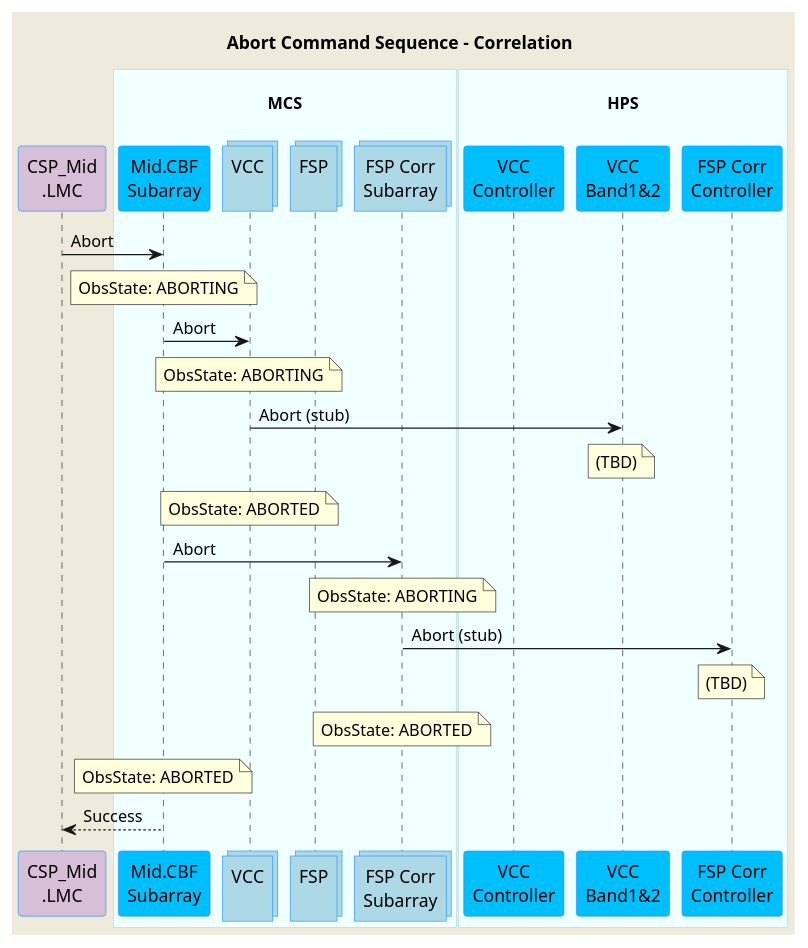
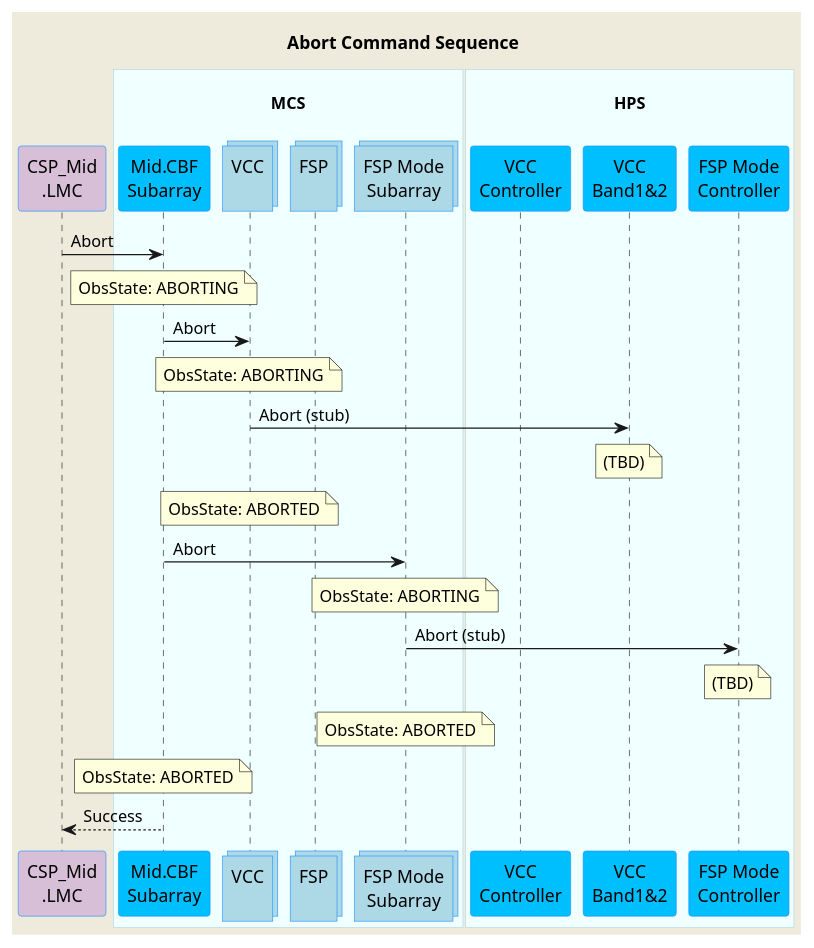
One commit to ska-telescope/mid-cbf-mcs changed the diagram in docs/src/diagrams/abort-command.puml. Above: the diagram before and after it, drawn with PlantUML. The commit also changed 4 other files, not shown here.

```diff
--- a/docs/src/diagrams/abort-command.puml
+++ b/docs/src/diagrams/abort-command.puml
@@ -1,55 +1,55 @@
 @startuml
 'https://plantuml.com/sequence-diagram
 
 skinparam backgroundColor #EEEBDC
 skinparam sequence {
   ParticipantBorderColor DodgerBlue
   ParticipantBackgroundColor DeepSkyBlue
   ActorBorderColor DarkGreen
   ActorBackgroundColor Green
   BoxBorderColor LightBlue
   BoxBackgroundColor #F0FFFF
 }
 
 skinparam collections {
   BackGroundColor LightBlue
   BorderColor DodgerBlue
 }
 
 skinparam database {
   BackgroundColor LightGreen
   BorderColor DarkGreen
 }
 
-title Abort Command Sequence - Correlation
+title Abort Command Sequence
 
 participant "CSP_Mid\n.LMC" as lmc #Thistle
 box "\nMCS\n"
   participant "Mid.CBF\nSubarray" as subarray
   collections "VCC\n" as vcc
   collections "FSP\n" as fsp
-  collections "FSP Corr\nSubarray" as fspsubarray
+  collections "FSP Mode\nSubarray" as fspsubarray
 end box
 box "\nHPS\n"
   participant "VCC\nController" as hpsvcc
   participant "VCC\nBand1&2" as hpsvccband
-  participant "FSP Corr\nController" as hpsfspcorr
+  participant "FSP Mode\nController" as hpsfsp
 end box
 
 lmc        ->  subarray      : Abort
 note over subarray           : ObsState: ABORTING
 subarray   ->  vcc           : Abort
 note over vcc                : ObsState: ABORTING
 vcc        ->  hpsvccband    : Abort (stub) 
 note over hpsvccband         : (TBD)
 note over vcc                : ObsState: ABORTED
 subarray   ->  fspsubarray   : Abort
 note over fspsubarray        : ObsState: ABORTING
-fspsubarray->  hpsfspcorr    : Abort (stub)
-note over hpsfspcorr         : (TBD)
+fspsubarray->  hpsfsp        : Abort (stub)
+note over hpsfsp             : (TBD)
 note over fspsubarray        : ObsState: ABORTED
 note over subarray           : ObsState: ABORTED
 
 lmc       <--  subarray      : Success
 
 @enduml
```
